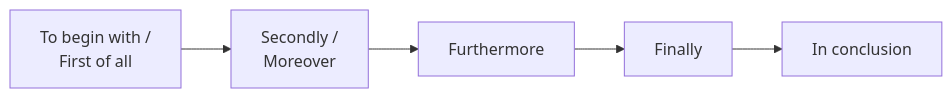
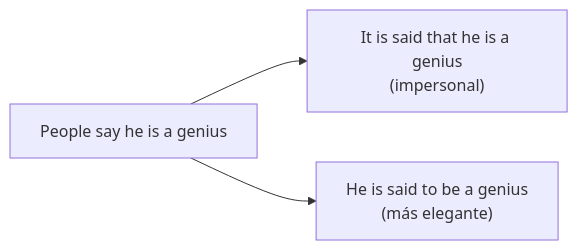
One commit to jesusdayan54-star/ENGLISH-HHTML changed the diagram in A1-G05-pronombres.md. Above: the diagram before and after it, drawn with Mermaid. The commit also changed other lines of this file and 68 other files, not shown here.

````diff
--- a/A1-G05-pronombres.md
+++ b/A1-G05-pronombres.md
@@ -117,4 +27,5 @@
 ```mermaid
 flowchart LR
-    A["To begin with /<br/>First of all"] --> B["Secondly /<br/>Moreover"] --> C["Furthermore"] --> D["Finally"] --> E["In conclusion"]
+    A["People say he is a genius"] --> B["It is said that he is a genius<br/>(impersonal)"]
+    A --> C["He is said to be a genius<br/>(más elegante)"]
 ```
````
